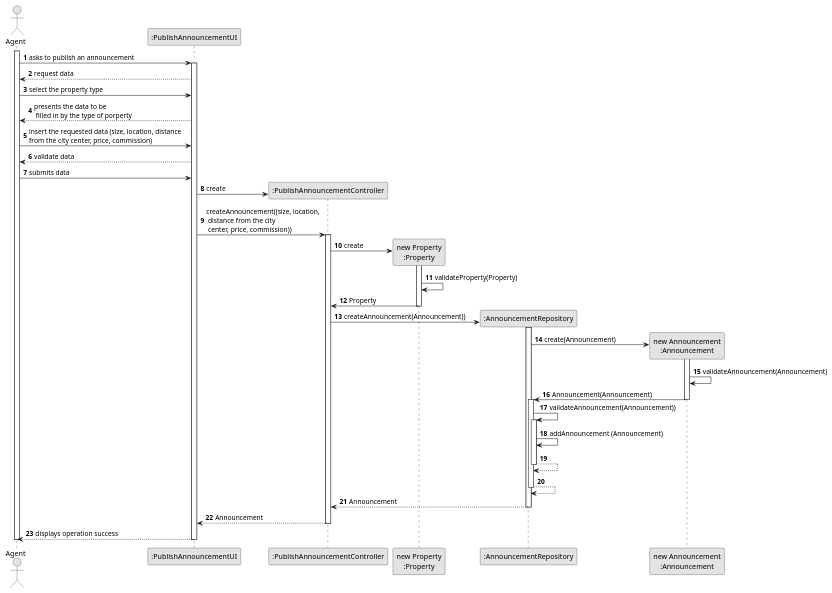
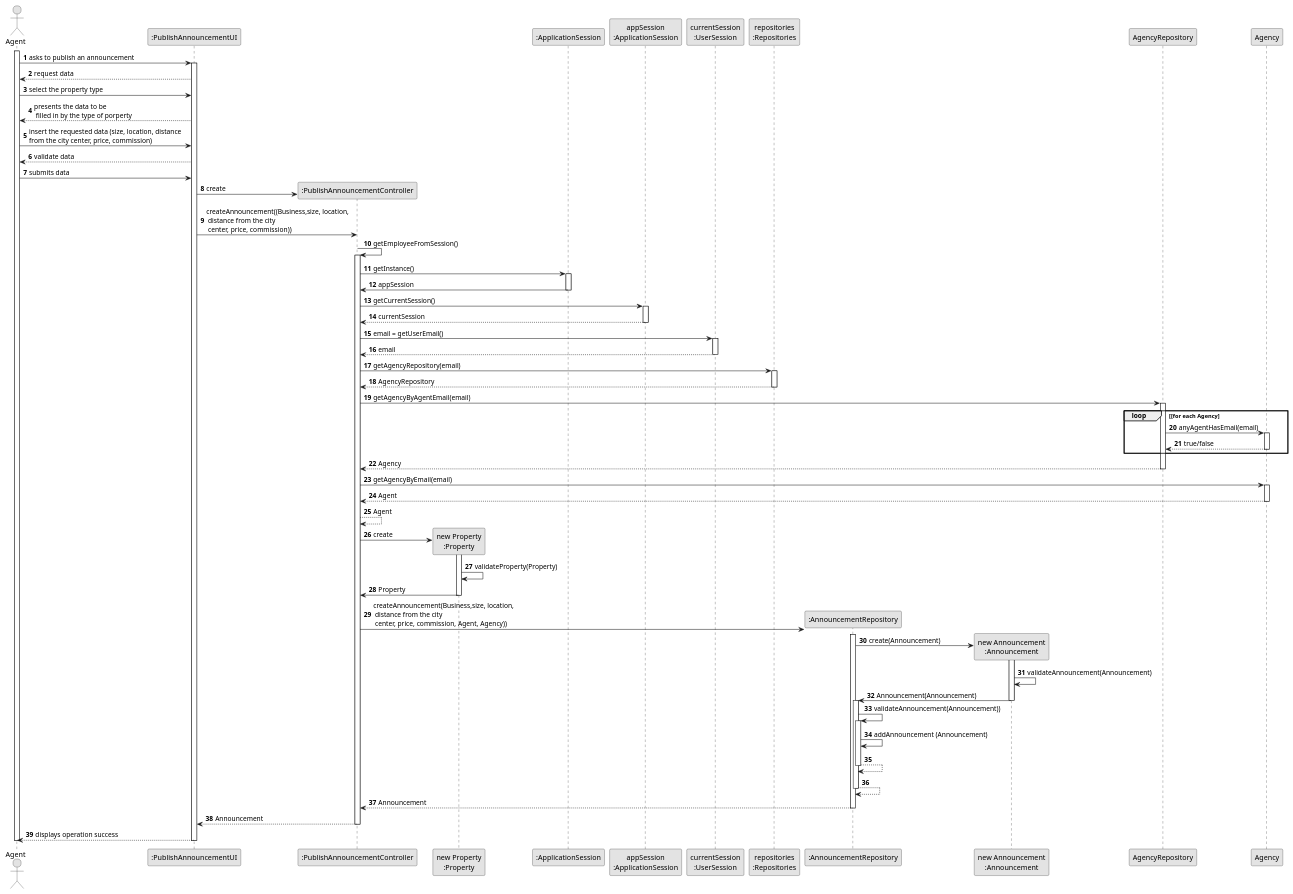
The diagram in docs/sprintB/US002/03.design/puml/US2_SD.puml (tiagohcorreia/LAPR2), drawn with PlantUML before and after one commit. The commit also changed 3 other files, not shown here.

```diff
--- a/docs/sprintB/US002/03.design/puml/US2_SD.puml
+++ b/docs/sprintB/US002/03.design/puml/US2_SD.puml
@@ -1,86 +1,142 @@
 @startuml
 skinparam monochrome true
 skinparam packageStyle rectangle
 skinparam shadowing false
 
 autonumber
 
 'hide footbox
 actor "Agent" as AG
 participant ":PublishAnnouncementUI" as UI
 participant ":PublishAnnouncementController" as CTRL
 participant "new Property\n:Property" as Property
+participant ":ApplicationSession" as _APP
+participant "appSession\n:ApplicationSession" as APP
+participant "currentSession\n:UserSession" as SESSAO
+participant "repositories\n:Repositories" as REP
 participant ":AnnouncementRepository" as AnnouncementREP
 participant "new Announcement\n:Announcement" as Announcement
 
 
 activate AG
 
         AG -> UI : asks to publish an announcement
         activate UI
 
         UI --> AG : request data
 
         AG -> UI : select the property type
 
         UI --> AG : presents the data to be\n filled in by the type of porperty
 
         AG -> UI : insert the requested data (size, location, distance \nfrom the city center, price, commission)
 
         UI --> AG : validate data
 
         AG -> UI : submits data
 
 
                UI -> CTRL** : create
 
-               UI -> CTRL : createAnnouncement((size, location,\n distance from the city \n center, price, commission))
+               UI -> CTRL : createAnnouncement((Business,size, location,\n distance from the city \n center, price, commission))
 
-                 activate CTRL
+               CTRL -> CTRL : getEmployeeFromSession()
+                           activate CTRL
+
+                               CTRL -> _APP: getInstance()
+                               activate _APP
+                                   _APP -> CTRL: appSession
+                               deactivate _APP
+
+
+                               CTRL -> APP: getCurrentSession()
+                               activate APP
+
+                                   APP --> CTRL: currentSession
+                               deactivate APP
+
+                               CTRL -> SESSAO: email = getUserEmail()
+                               activate SESSAO
+
+                                   SESSAO --> CTRL: email
+                               deactivate SESSAO
+
+
+                               CTRL -> REP: getAgencyRepository(email)
+                               activate REP
+
+                                   REP --> CTRL:AgencyRepository
+                               deactivate REP
+
+
+                               CTRL -> AgencyRepository: getAgencyByAgentEmail(email)
+                               activate AgencyRepository
+
+                                   loop [for each Agency
+                                       AgencyRepository -> Agency : anyAgentHasEmail(email)
+                                       activate Agency
+
+                                            Agency --> AgencyRepository : true/false
+                                       deactivate Agency
+                                   end
+                                   AgencyRepository --> CTRL : Agency
+                               deactivate AgencyRepository
+
+                               CTRL -> Agency: getAgencyByEmail(email)
+                               activate Agency
+
+                                   Agency --> CTRL : Agent
+                               deactivate Agency
+
+                               CTRL --> CTRL : Agent
+
+
+
+
 
                    CTRL -> Property** : create
 
                    activate Property
                    Property -> Property: validateProperty(Property)
 
                    Property -> CTRL: Property
                    deactivate Property
 
-                CTRL -> AnnouncementREP**: createAnnouncement(Announcement))
+                CTRL -> AnnouncementREP**: createAnnouncement(Business,size, location,\n distance from the city \n center, price, commission, Agent, Agency))
                 activate AnnouncementREP
 
             AnnouncementREP -> Announcement**: create(Announcement)
 
             activate Announcement
 
             Announcement -> Announcement: validateAnnouncement(Announcement)
 
             Announcement -> AnnouncementREP: Announcement(Announcement)
 
             deactivate Announcement
 
 
                activate AnnouncementREP
                    AnnouncementREP -> AnnouncementREP: validateAnnouncement(Announcement))
                    activate AnnouncementREP
                     AnnouncementREP -> AnnouncementREP: addAnnouncement (Announcement)
 
                      AnnouncementREP --> AnnouncementREP
                     deactivate AnnouncementREP
 
                     AnnouncementREP --> AnnouncementREP
                 deactivate AnnouncementREP
 
                 AnnouncementREP --> CTRL : Announcement
 
                 deactivate AnnouncementREP
 
                             CTRL --> UI: Announcement
                             deactivate CTRL
                             UI --> AG: displays operation success
                     deactivate UI
 
                 deactivate AG
 
 
           @enduml
```
